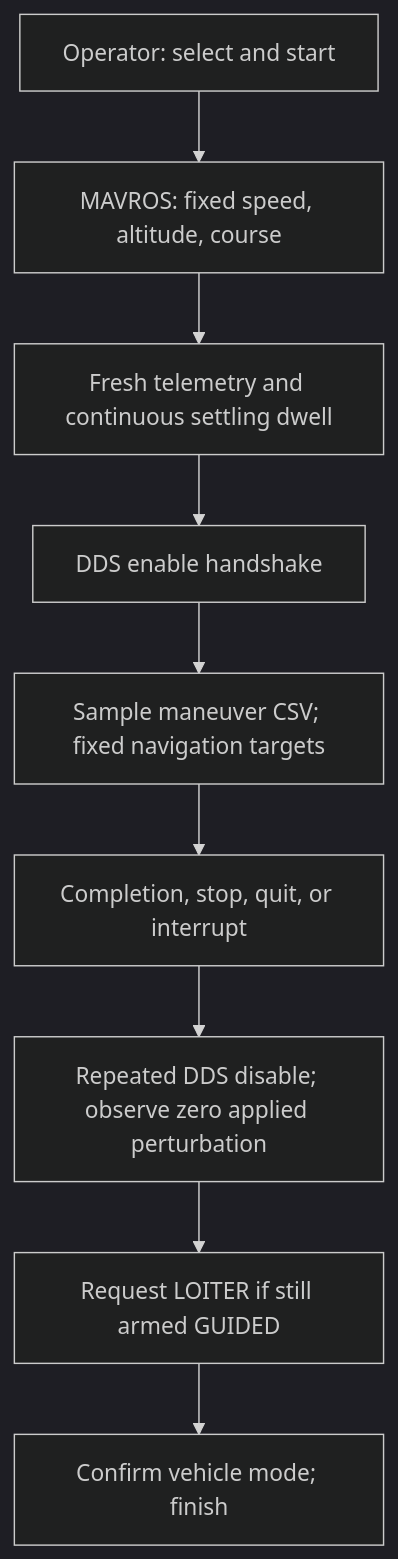
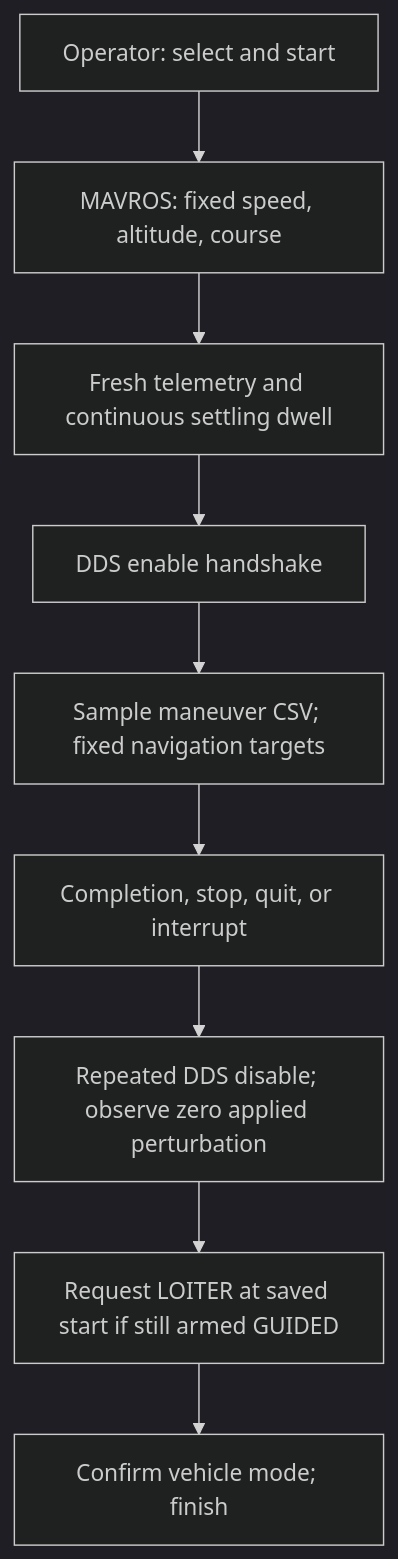
The diagram in ros2_sid/docs/straight_flight_plan.md (Xander-Mosley/ros2_sid), drawn with Mermaid (dark theme) before and after one commit. The commit also changed other lines of this file and 7 other files, not shown here.

````diff
--- a/ros2_sid/docs/straight_flight_plan.md
+++ b/ros2_sid/docs/straight_flight_plan.md
@@ -71,11 +71,11 @@
 ```mermaid
 flowchart TD
     A[Operator: select and start] --> B[MAVROS: fixed speed, altitude, course]
     B --> C[Fresh telemetry and continuous settling dwell]
     C --> D[DDS enable handshake]
     D --> E[Sample maneuver CSV; fixed navigation targets]
     E --> F[Completion, stop, quit, or interrupt]
     F --> G[Repeated DDS disable; observe zero applied perturbation]
-    G --> H[Request LOITER if still armed GUIDED]
+    G --> H[Request LOITER at saved start if still armed GUIDED]
     H --> I[Confirm vehicle mode; finish]
 ```
````
